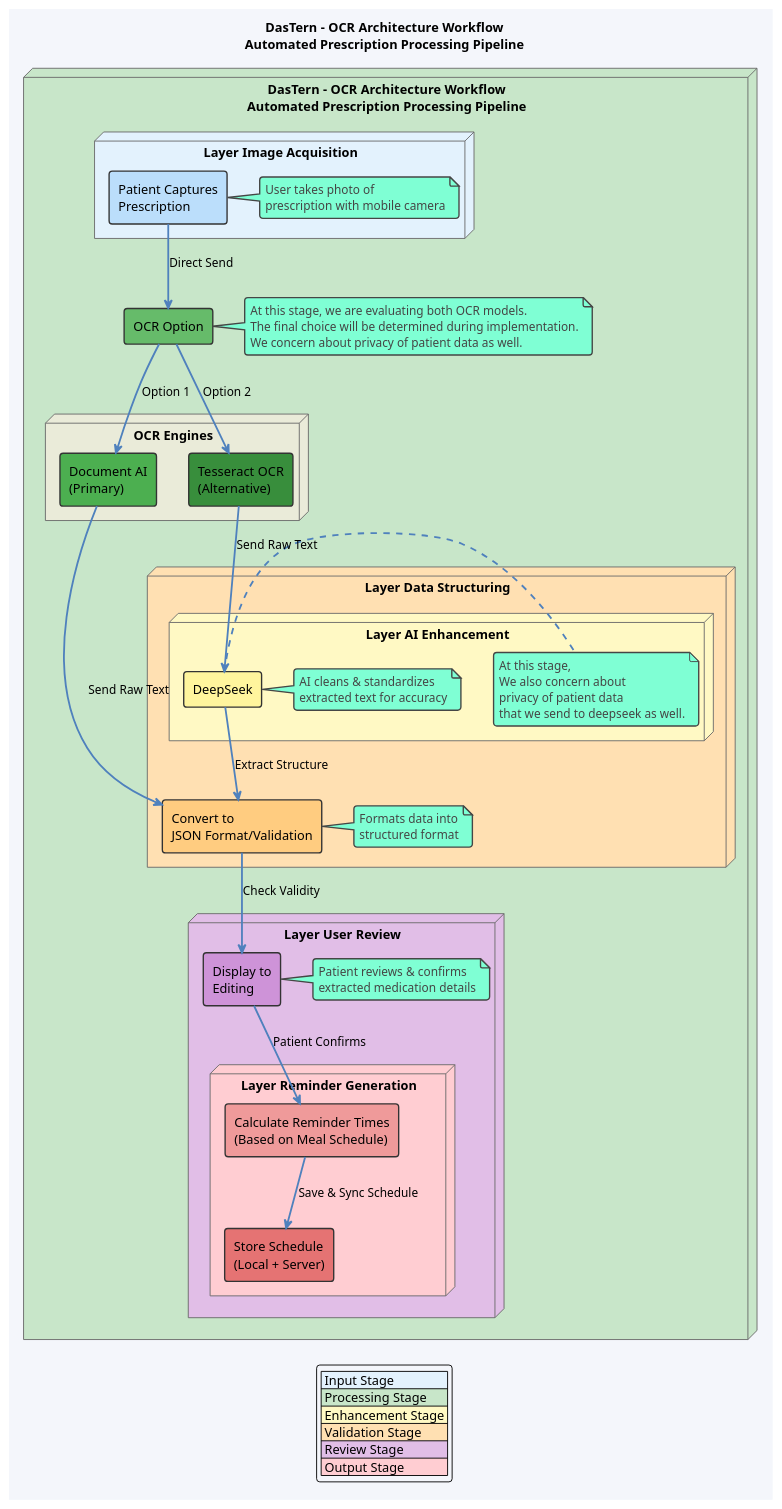
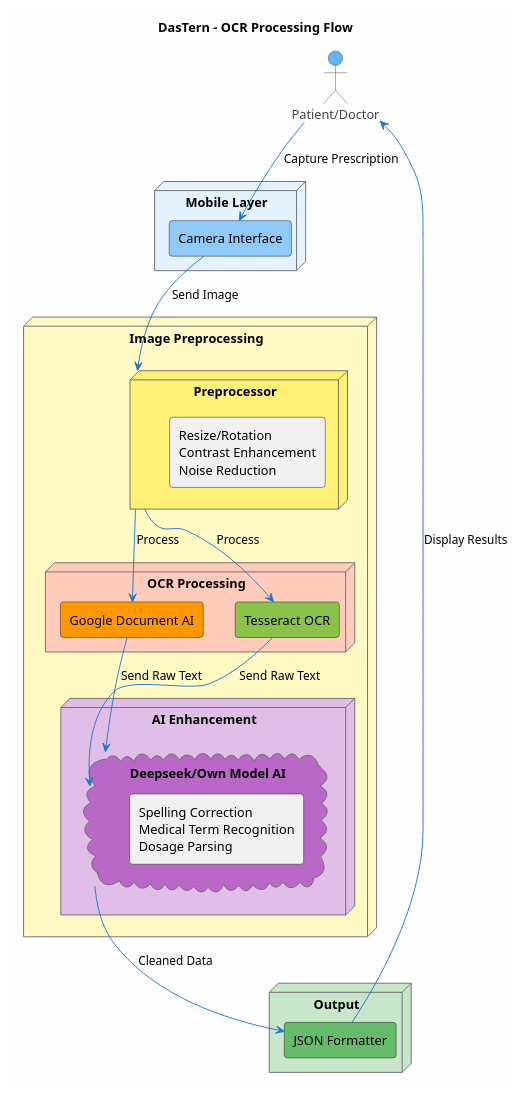
One commit to Choeng-Rayu/DasTern-Project changed the diagram in capstone1/UMLDiagram/OCR_flow.puml. Above: the diagram before and after it, drawn with PlantUML. The commit also changed other lines of this file and 2 other files, not shown here.

```diff
--- a/capstone1/UMLDiagram/OCR_flow.puml
+++ b/capstone1/UMLDiagram/OCR_flow.puml
@@ -1,102 +180,50 @@
-@startuml OCR_Architecture
+@startuml OCR_Flow
 !theme vibrant
-skinparam backgroundColor #f4f6fb
+skinparam backgroundColor #FEFEFE
 skinparam componentStyle rectangle
-skinparam nodeStyle rectangle
-skinparam rectangle {
-    BackgroundColor #ffffff
-    BorderColor #4f81bd
-    BorderThickness 2
-}
-skinparam component {
-    BackgroundColor #ffffff
-    BorderColor #333333
-    BorderThickness 1.5
-}
-' skinparam linetype ortho
-skinparam arrow {
-    color #4f81bd
-    thickness 2
+skinparam ArrowColor #1976D2
+
+title DasTern - OCR Processing Flow
+
+actor "Patient/Doctor" as user #64B5F6
+
+node "Mobile Layer" #E3F2FD {
+    component "Camera Interface" as camera #90CAF9
 }
 
-title DasTern - OCR Architecture Workflow\n**Automated Prescription Processing Pipeline**
+node "Image Preprocessing" #FFF9C4 {
+    node "Preprocessor" as preprocess #FFF176 {
+        [Resize/Rotation\nContrast Enhancement\nNoise Reduction] 
+        ' [Contrast Enhancement]
+        ' [Noise Reduction]
+    }
+    node "OCR Processing" #FFCCBC {
+        component "Google Document AI" as docai #FF9800
+        component "Tesseract OCR" as tesseract #8BC34A
+    }
 
-node "DasTern - OCR Architecture Workflow\n**Automated Prescription Processing Pipeline**" #C8E6C9 {
-    node "Layer Image Acquisition" #E3F2FD {
-        component [Patient Captures\nPrescription] as capture #BBDEFB
-        note right of capture
-            User takes photo of
-            prescription with mobile camera
-        end note
+node "AI Enhancement" #E1BEE7 {
+    cloud "Deepseek/Own Model AI" as deepseek #BA68C8 {
+        [Spelling Correction\nMedical Term Recognition\nDosage Parsing]
+        ' [Medical Term Recognition]
+        ' [Dosage Parsing]
     }
-    component [OCR Option] as rawtext #66BB6A
-    Node "OCR Engines" #eaebd9ff {
-        component [Document AI\n(Primary)] as docai #4CAF50
-        component [Tesseract OCR\n(Alternative)] as tesseract #388E3C
-    }
-    
-    node "Layer Data Structuring" #FFE0B2 {
-        component [Convert to\nJSON Format/Validation] as json #FFCC80
-    
-        ' component [Validate\nInformation] as validate #FFB74D
-        note right of json
-            Formats data into
-            structured format
-        end note
-        node "Layer AI Enhancement" #FFF9C4 {
-            component [DeepSeek] as deepseek #FFF59D
-            note right of deepseek
-                At this stage,
-                We also concern about 
-                privacy of patient data 
-                that we send to deepseek as well.
-            end note
-            note right of deepseek
-                AI cleans & standardizes
-                extracted text for accuracy
-            end note
-        }
-    }
-    note right of rawtext
-        At this stage, we are evaluating both OCR models.
-        The final choice will be determined during implementation.
-        We concern about privacy of patient data as well.
-    end note
-    node "Layer User Review" #E1BEE7 {
-        component [Display to\nEditing] as display #CE93D8
-        ' component [Display\nEditing] as edit #BA68C8
-        note right of display
-            Patient reviews & confirms
-            extracted medication details
-        end note
-        node "Layer Reminder Generation" #FFCDD2 {
-            component [Calculate Reminder Times\n(Based on Meal Schedule)] as calculate #EF9A9A
-            component [Store Schedule\n(Local + Server)] as store #E57373
-        }
-    }    
+}
 }
 
 
-capture --> rawtext : Direct Send
 
-rawtext --> docai : Option 1
-rawtext --> tesseract : Option 2
-docai --> json : Send Raw Text
+node "Output" #C8E6C9 {
+    component "JSON Formatter" as json #66BB6A
+}
+
+user --> camera : Capture Prescription
+camera --> preprocess : Send Image
+preprocess --> docai : Process
+preprocess --> tesseract : Process
+docai --> deepseek : Send Raw Text
 tesseract --> deepseek : Send Raw Text
-
-deepseek --> json : Extract Structure
-legend bottom
-    |<#E3F2FD> Input Stage       |
-    |<#C8E6C9> Processing Stage  |
-    |<#FFF9C4> Enhancement Stage |
-    |<#FFE0B2> Validation Stage  |
-    |<#E1BEE7> Review Stage      |
-    |<#FFCDD2> Output Stage      |
-endlegend
-json --> display : Check Validity
-
-' validate --> display : Show Results
-display --> calculate : Patient Confirms
-calculate --> store : Save & Sync Schedule
+deepseek --> json : Cleaned Data
+json --> user : Display Results
 
 @enduml
```
